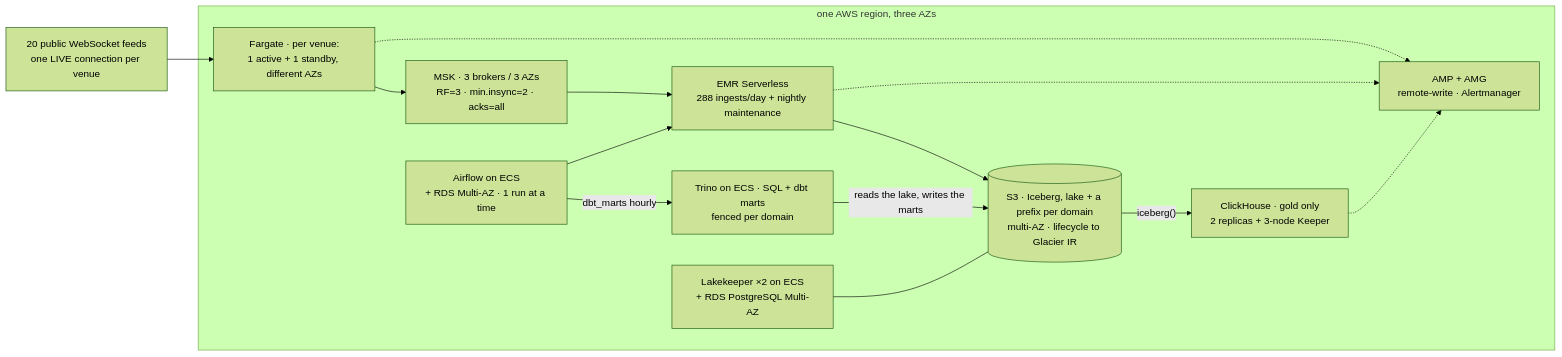
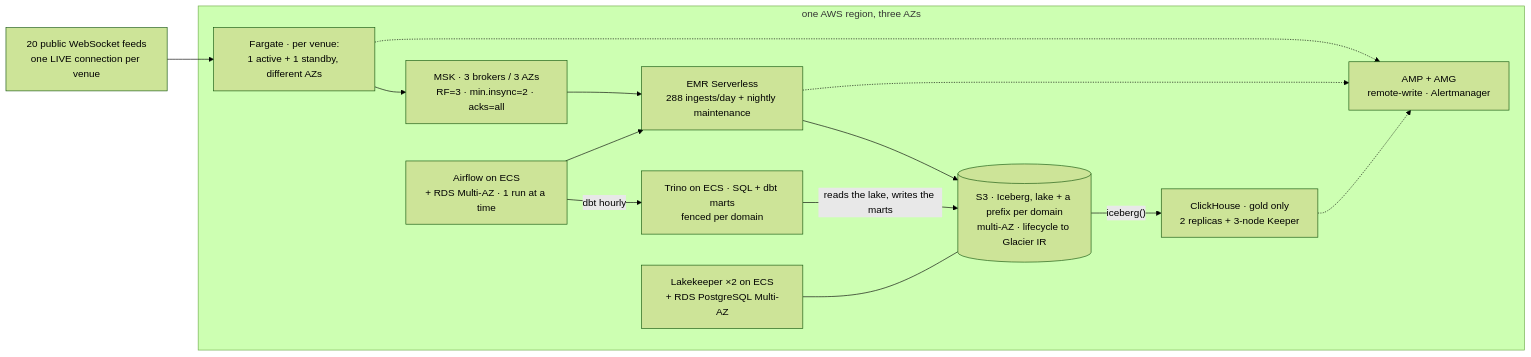
The diagram in docs/architecture/17-scale-out-path.md (rjdscott/k2-market-data-platform), drawn with Mermaid (forest theme) before and after one commit. The commit also changed other lines of this file and 24 other files, not shown here.

First line of the commit message:
docs(architecture): the book after the v3 lake ingest retires (W6)

````diff
--- a/docs/architecture/17-scale-out-path.md
+++ b/docs/architecture/17-scale-out-path.md
@@ -277,24 +287,24 @@
 ```mermaid
 flowchart LR
   V["20 public WebSocket feeds<br/>one LIVE connection per venue"]
   subgraph R["one AWS region, three AZs"]
     CAP["Fargate · per venue:<br/>1 active + 1 standby, different AZs"]
     BUS["MSK · 3 brokers / 3 AZs<br/>RF=3 · min.insync=2 · acks=all"]
     ORC["Airflow on ECS<br/>+ RDS Multi-AZ · 1 run at a time"]
     ING["EMR Serverless<br/>288 ingests/day + nightly maintenance"]
     CAT["Lakekeeper ×2 on ECS<br/>+ RDS PostgreSQL Multi-AZ"]
     S3[("S3 · Iceberg, lake + a prefix per domain<br/>multi-AZ · lifecycle to Glacier IR")]
     CH["ClickHouse · gold only<br/>2 replicas + 3-node Keeper"]
     TR["Trino on ECS · SQL + dbt marts<br/>fenced per domain"]
     OBS["AMP + AMG<br/>remote-write · Alertmanager"]
   end
   V --> CAP --> BUS --> ING --> S3
   ORC --> ING
-  ORC -->|"dbt_marts hourly"| TR
+  ORC -->|"dbt hourly"| TR
   TR -->|"reads the lake, writes the marts"| S3
   CAT --- S3
   S3 -->|"iceberg()"| CH
   CAP -.-> OBS
   ING -.-> OBS
   CH -.-> OBS
 ```
````
